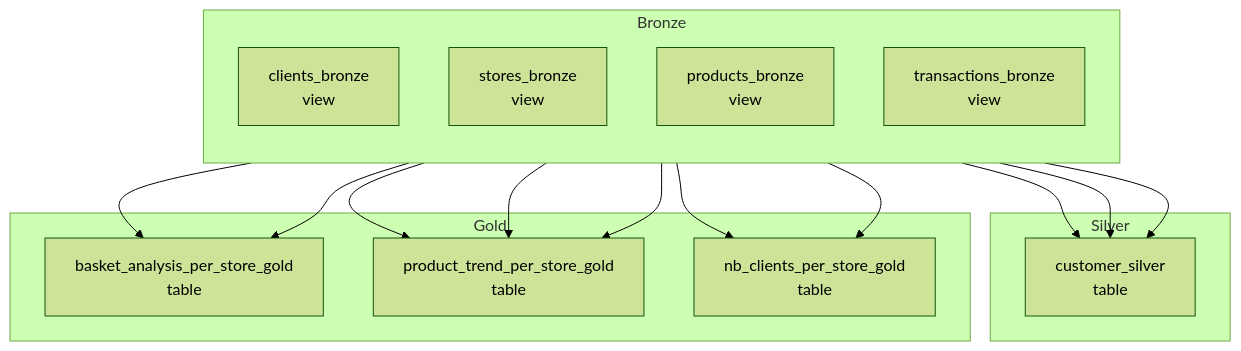
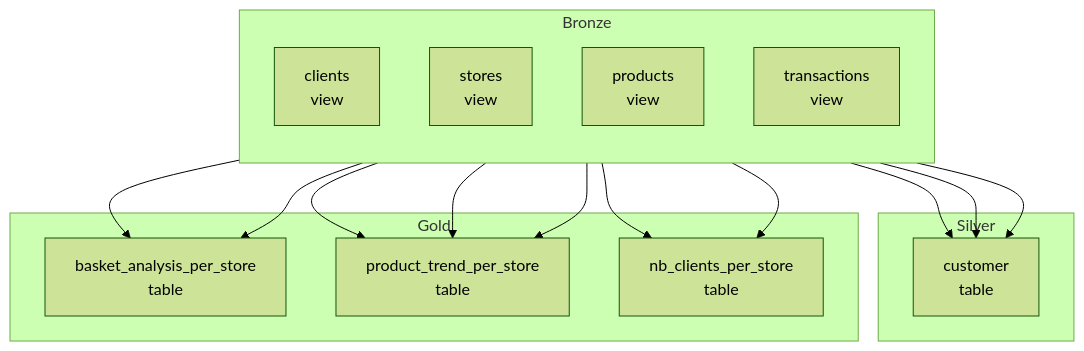
One commit to pierreWagou/deep-rayon changed the diagram in docs/dbt.md. Above: the diagram before and after it, drawn with Mermaid (forest theme). The commit also changed other lines of this file and 37 other files, not shown here.

````diff
--- a/docs/dbt.md
+++ b/docs/dbt.md
@@ -59,34 +62,34 @@
 ```mermaid
 flowchart TD
     subgraph bronze_layer["Bronze"]
         direction TB
-        bc[clients_bronze<br/>view]
-        bs[stores_bronze<br/>view]
-        bp[products_bronze<br/>view]
-        bt[transactions_bronze<br/>view]
+        bc[clients<br/>view]
+        bs[stores<br/>view]
+        bp[products<br/>view]
+        bt[transactions<br/>view]
     end
 
     subgraph silver["Silver"]
-        cs[customer_silver<br/>table]
+        cs[customer<br/>table]
     end
 
     subgraph gold["Gold"]
-        ba[basket_analysis_per_store_gold<br/>table]
-        pt[product_trend_per_store_gold<br/>table]
-        nc[nb_clients_per_store_gold<br/>table]
+        ba[basket_analysis_per_store<br/>table]
+        pt[product_trend_per_store<br/>table]
+        nc[nb_clients_per_store<br/>table]
     end
 
     bc --> cs
     bs --> cs
     bt --> cs
 
     bt --> ba
     bs --> ba
 
     bt --> pt
     bp --> pt
     bs --> pt
 
     bt --> nc
     bs --> nc
 ```
````
